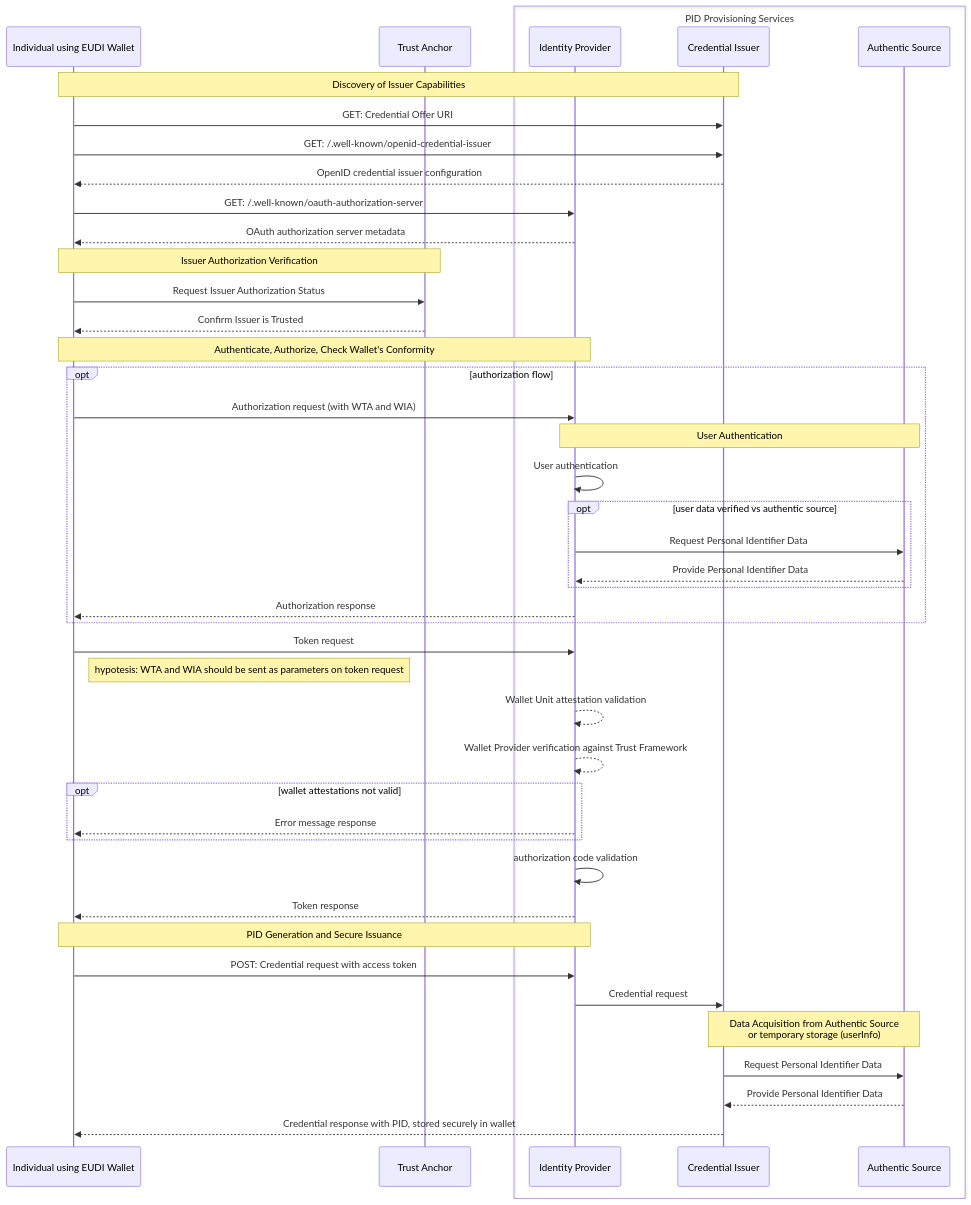
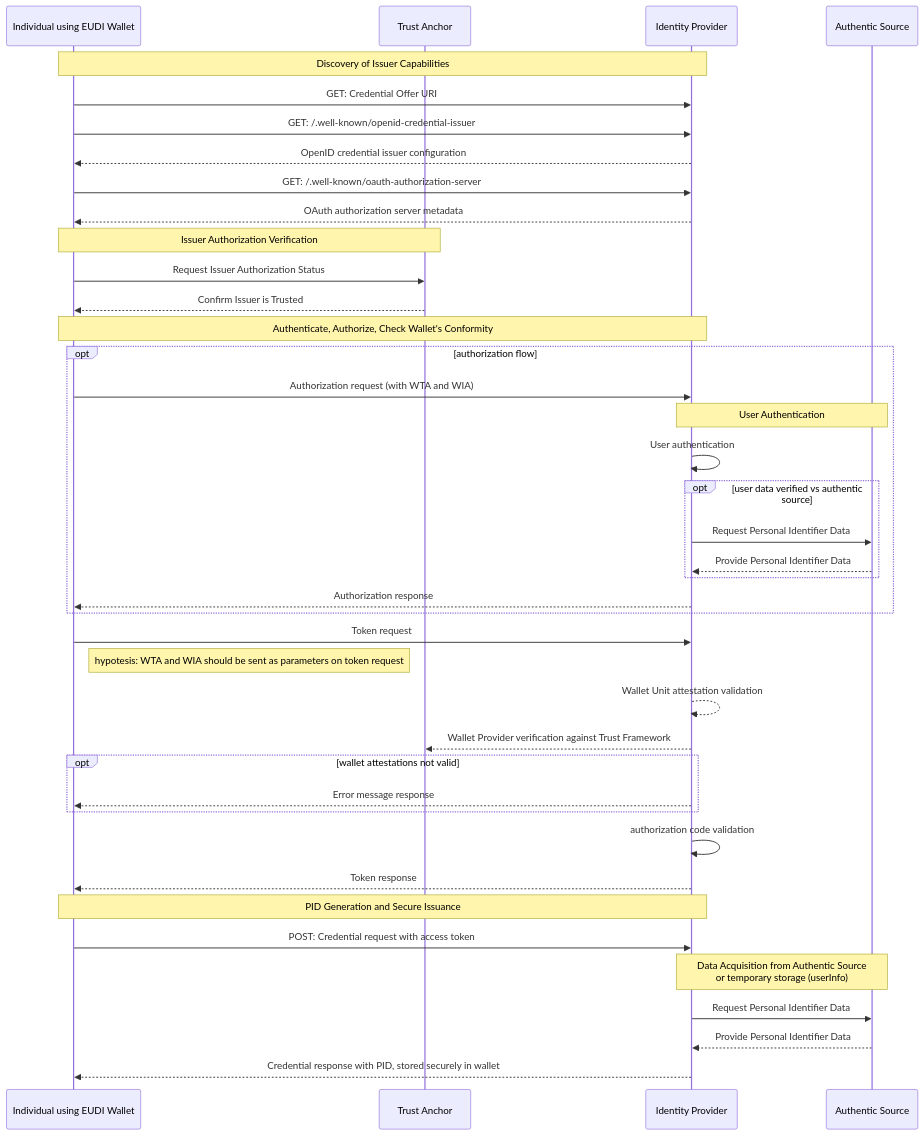
One commit to EWC-consortium/eudi-wallet-rfcs changed the diagram in ewc-rfc003-issue-person-identification-data.md. Above: the diagram before and after it, drawn with Mermaid.

Commit message:
ewc-rfc003-issue-person-identification-data.md

````diff
--- a/ewc-rfc003-issue-person-identification-data.md
+++ b/ewc-rfc003-issue-person-identification-data.md
@@ -68,55 +68,51 @@
 ```mermaid
   sequenceDiagram
     participant I as Individual using EUDI Wallet
     participant TA as Trust Anchor
-    box PID Provisioning Services
     participant O as Identity Provider
-    participant CI as Credential Issuer
     participant AS as Authentic Source
-    end
-    
-    Note over I,CI: Discovery of Issuer Capabilities 
+        
+    Note over I,O: Discovery of Issuer Capabilities 
       
-    I->>CI: GET: Credential Offer URI
-    I->> CI: GET: /.well-known/openid-credential-issuer
-    CI-->> I: OpenID credential issuer configuration
+    I->>O: GET: Credential Offer URI
+    I->> O: GET: /.well-known/openid-credential-issuer
+    O-->> I: OpenID credential issuer configuration
     I->> O: GET: /.well-known/oauth-authorization-server
     O-->>I: OAuth authorization server metadata
         
     Note over I,TA: Issuer Authorization Verification
     I->>TA: Request Issuer Authorization Status
     TA-->>I: Confirm Issuer is Trusted
     
     Note over I,O: Authenticate, Authorize, Check Wallet's Conformity
     opt authorization flow
     I->>O: Authorization request (with WTA and WIA)
     Note over O,AS: User Authentication
       O->>O: User authentication
         opt user data verified vs authentic source
           O->>AS: Request Personal Identifier Data
           AS-->>O: Provide Personal Identifier Data
       end
       O-->>I: Authorization response 
     end
     
     I->> O: Token request
     Note right of I: hypotesis: WTA and WIA should be sent as parameters on token request
     O-->>O: Wallet Unit attestation validation
-    O-->>O: Wallet Provider verification against Trust Framework
+    O-->>TA: Wallet Provider verification against Trust Framework
       opt wallet attestations not valid
           O-->>I: Error message response
       end
     
     O->>O: authorization code validation
     O-->>I: Token response
         
     Note over I,O: PID Generation and Secure Issuance
     I->>O: POST: Credential request with access token
-    O->>CI: Credential request
-    Note over CI,AS: Data Acquisition from Authentic Source <BR> or temporary storage (userInfo)
-    CI->>AS: Request Personal Identifier Data
-    AS-->>CI: Provide Personal Identifier Data
+    Note over O,AS: Data Acquisition from Authentic Source <BR> or temporary storage (userInfo)
+    O->>AS: Request Personal Identifier Data
+    AS-->>O: Provide Personal Identifier Data
     
-    CI-->>I: Credential response with PID, stored securely in wallet
+    O-->>I: Credential response with PID, stored securely in wallet
 
 ```
````
